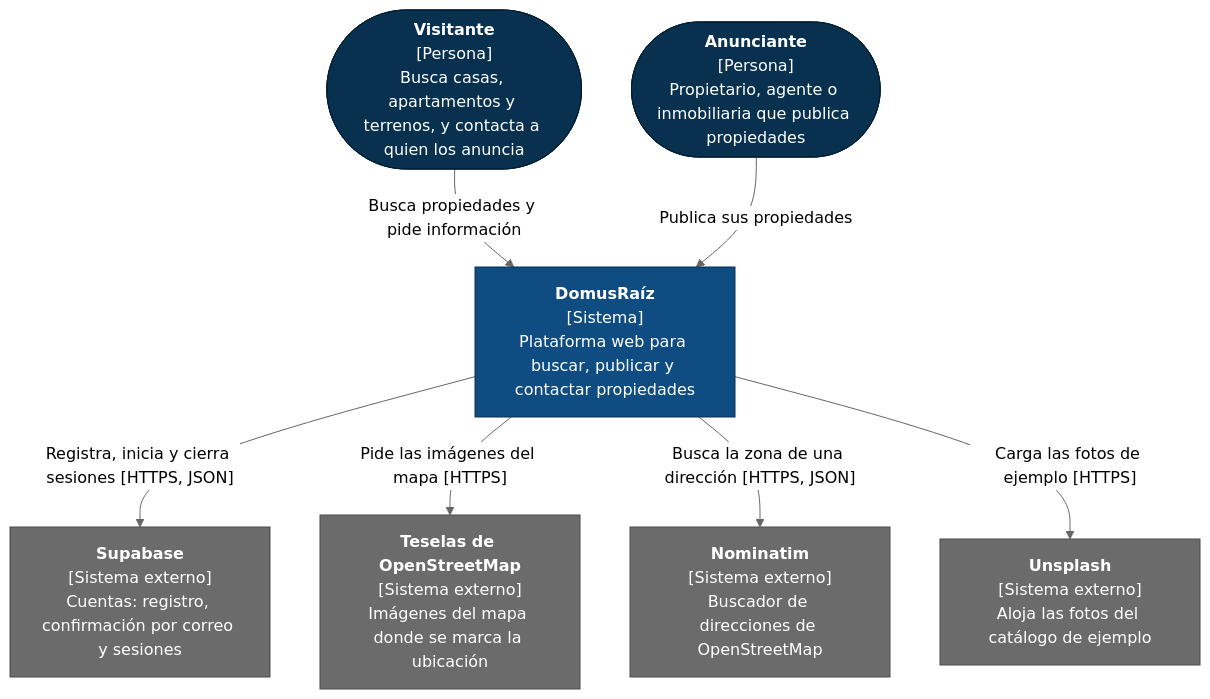
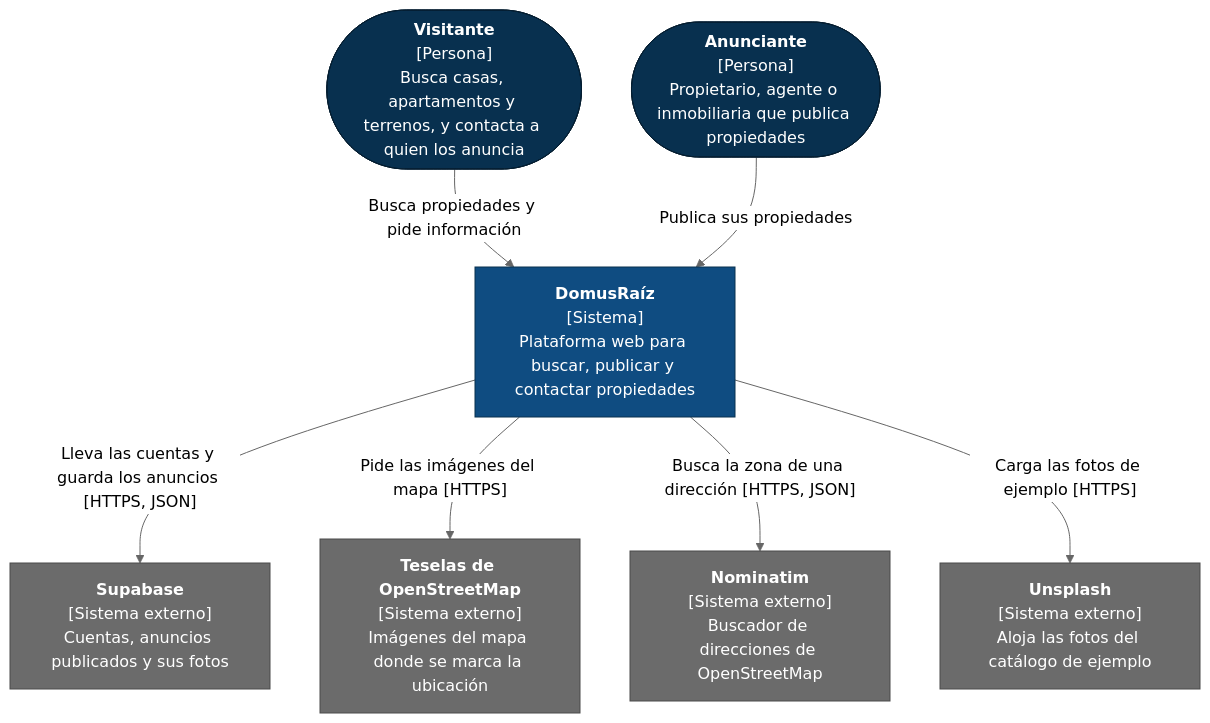
One commit to jespinal899/raizMotor changed the second of 6 diagrams in docs/arquitectura.md. Above: the diagram before and after it, drawn with Mermaid (neutral theme). The commit also changed other lines of this file and 1 other file, not shown here.

First line of the commit message:
docs: documenta los anuncios compartidos y las migraciones

````diff
--- a/docs/arquitectura.md
+++ b/docs/arquitectura.md
@@ -38,30 +38,30 @@
 ```mermaid
 %%{init: {"flowchart": {"wrappingWidth": 200}}}%%
 flowchart TB
     accTitle: Contexto de DomusRaíz
     accDescr: El visitante y el anunciante usan DomusRaíz, que a su vez lleva las cuentas en Supabase y consulta las teselas de OpenStreetMap, el buscador Nominatim y las fotos de Unsplash.
 
     visitante(["<b>Visitante</b><br/>[Persona]<br/>Busca casas, apartamentos y terrenos, y contacta a quien los anuncia"])
     anunciante(["<b>Anunciante</b><br/>[Persona]<br/>Propietario, agente o inmobiliaria que publica propiedades"])
 
     domus["<b>DomusRaíz</b><br/>[Sistema]<br/>Plataforma web para buscar, publicar y contactar propiedades"]
 
-    supabase["<b>Supabase</b><br/>[Sistema externo]<br/>Cuentas: registro, confirmación por correo y sesiones"]
+    supabase["<b>Supabase</b><br/>[Sistema externo]<br/>Cuentas, anuncios publicados y sus fotos"]
     tiles["<b>Teselas de OpenStreetMap</b><br/>[Sistema externo]<br/>Imágenes del mapa donde se marca la ubicación"]
     nominatim["<b>Nominatim</b><br/>[Sistema externo]<br/>Buscador de direcciones de OpenStreetMap"]
     unsplash["<b>Unsplash</b><br/>[Sistema externo]<br/>Aloja las fotos del catálogo de ejemplo"]
 
     visitante -- "Busca propiedades y pide información" --> domus
     anunciante -- "Publica sus propiedades" --> domus
-    domus -- "Registra, inicia y cierra sesiones [HTTPS, JSON]" --> supabase
+    domus -- "Lleva las cuentas y guarda los anuncios [HTTPS, JSON]" --> supabase
     domus -- "Pide las imágenes del mapa [HTTPS]" --> tiles
     domus -- "Busca la zona de una dirección [HTTPS, JSON]" --> nominatim
     domus -- "Carga las fotos de ejemplo [HTTPS]" --> unsplash
 
     classDef persona fill:#08304f,stroke:#041d30,color:#fff
     classDef sistema fill:#0f4c81,stroke:#08304f,color:#fff
     classDef externo fill:#6b6b6b,stroke:#4a4a4a,color:#fff
     class visitante,anunciante persona
     class domus sistema
     class supabase,tiles,nominatim,unsplash externo
 ```
````
